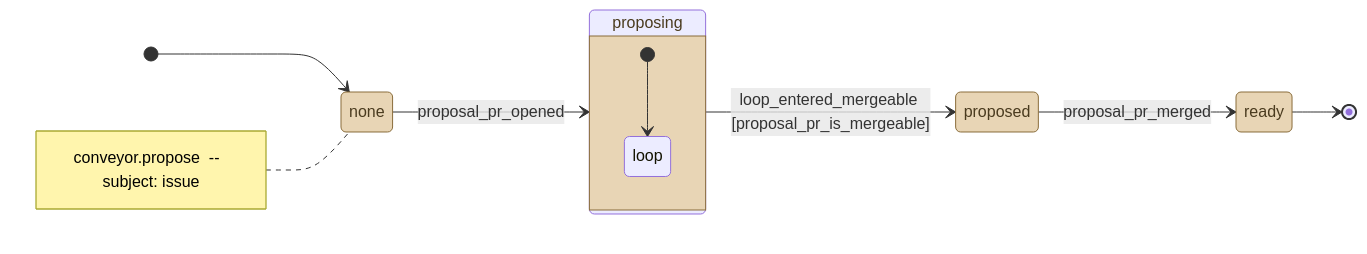
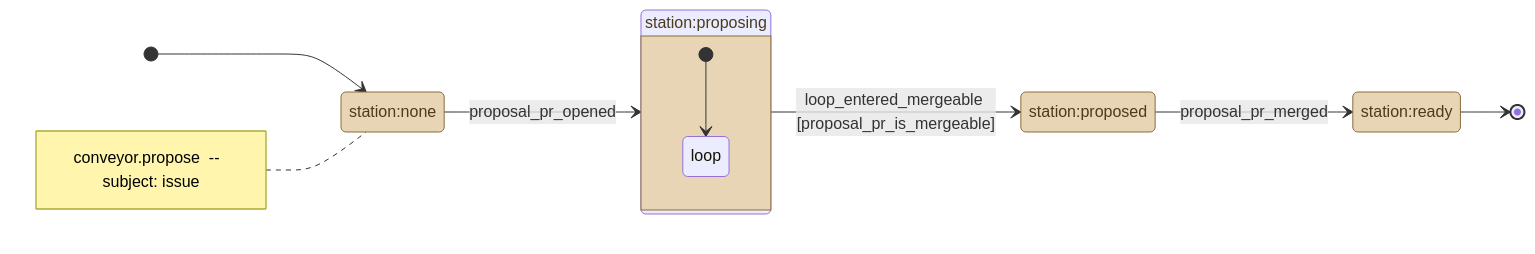
Before and after one commit to kostiantyn-matsebora/agent-ops-operator: the diagram in .github/conveyor-model/mermaid/conveyor_propose.mmd, drawn with Mermaid. The commit also changed 7 other files, not shown here.

```diff
--- a/.github/conveyor-model/mermaid/conveyor_propose.mmd
+++ b/.github/conveyor-model/mermaid/conveyor_propose.mmd
@@ -1,21 +1,21 @@
 stateDiagram-v2
     direction LR
-    [*] --> none
-    note left of none
+    [*] --> station_none
+    note left of station_none
         conveyor.propose  --  subject: issue
     end note
     classDef stationState fill:#e8d5b5,stroke:#8a6d3b,color:#4a3b1f
     classDef loopState fill:#c9e4de,stroke:#2f6b5e,color:#1a3b33
-    state none
-    state proposing
-    state proposed
-    state ready
-    none --> proposing : proposal_pr_opened
-    proposing --> proposed : loop_entered_mergeable [proposal_pr_is_mergeable]
-    proposed --> ready : proposal_pr_merged
-    ready --> [*]
-    class none, proposing, proposed, ready stationState
-    state proposing {
-        [*] --> proposing__loop
-        state "loop" as proposing__loop
+    state "station:none" as station_none
+    state "station:proposing" as station_proposing
+    state "station:proposed" as station_proposed
+    state "station:ready" as station_ready
+    station_none --> station_proposing : proposal_pr_opened
+    station_proposing --> station_proposed : loop_entered_mergeable [proposal_pr_is_mergeable]
+    station_proposed --> station_ready : proposal_pr_merged
+    station_ready --> [*]
+    class station_none, station_proposing, station_proposed, station_ready stationState
+    state station_proposing {
+        [*] --> station_proposing__loop
+        state "loop" as station_proposing__loop
     }
```
